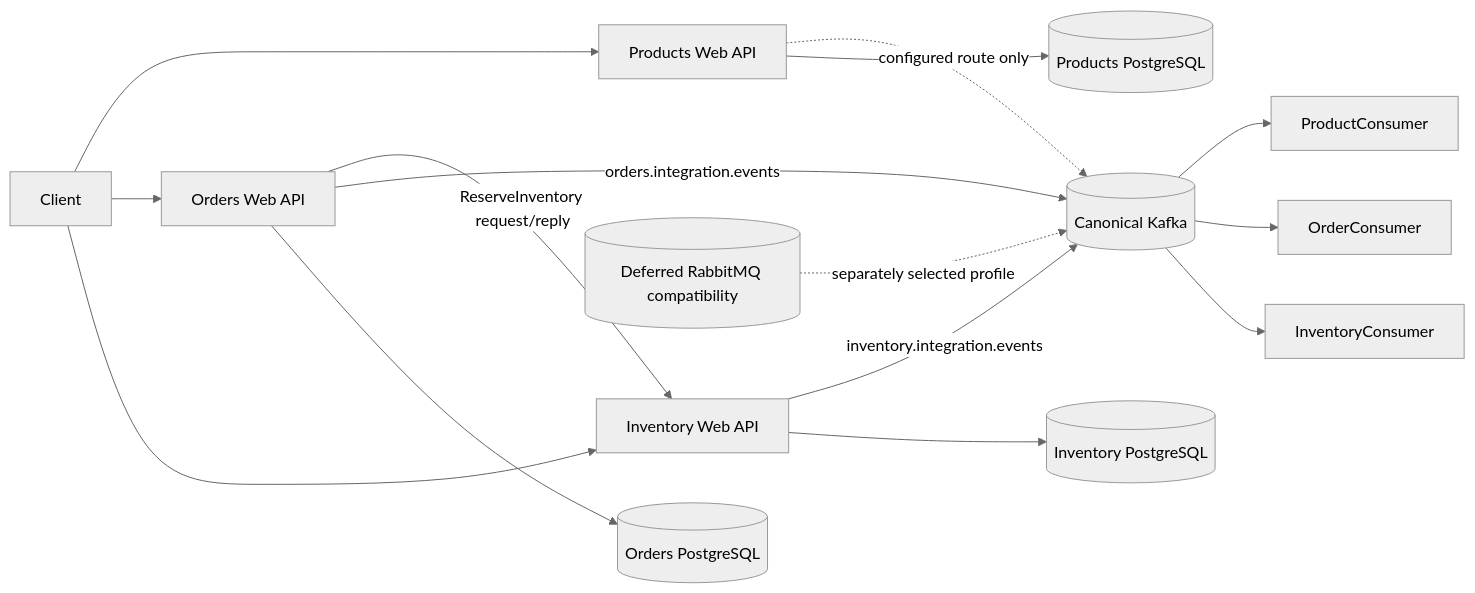
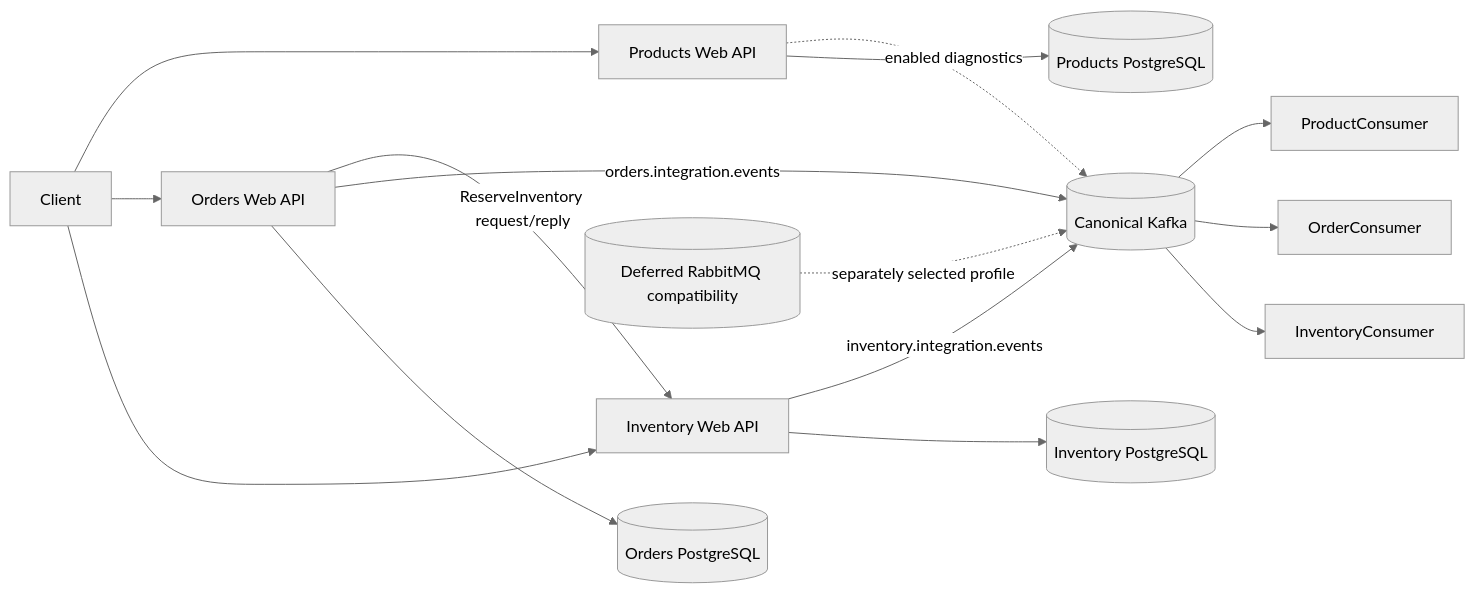
Before and after one commit to YuChia-Wei/dotnet-distributed-architecture-lab: the diagram in .dev/specs/reconstruction/system-blueprint.md, drawn with Mermaid (neutral theme). The commit also changed other lines of this file and 30 other files, not shown here.

````diff
--- a/.dev/specs/reconstruction/system-blueprint.md
+++ b/.dev/specs/reconstruction/system-blueprint.md
@@ -11,17 +11,17 @@
 ```mermaid
 flowchart LR
   Client --> ProductsAPI[Products Web API]
   Client --> OrdersAPI[Orders Web API]
   Client --> InventoryAPI[Inventory Web API]
   OrdersAPI -->|ReserveInventory request/reply| InventoryAPI
   OrdersAPI -->|orders.integration.events| Bus[(Canonical Kafka)]
   InventoryAPI -->|inventory.integration.events| Bus
-  ProductsAPI -. configured route only .-> Bus
+  ProductsAPI -. enabled diagnostics .-> Bus
   Bus --> ProductConsumer
   Bus --> OrderConsumer
   Bus --> InventoryConsumer
   Rabbit[(Deferred RabbitMQ compatibility)] -. separately selected profile .-> Bus
   ProductsAPI --> ProductsDB[(Products PostgreSQL)]
   OrdersAPI --> OrdersDB[(Orders PostgreSQL)]
   InventoryAPI --> InventoryDB[(Inventory PostgreSQL)]
 ```
````
